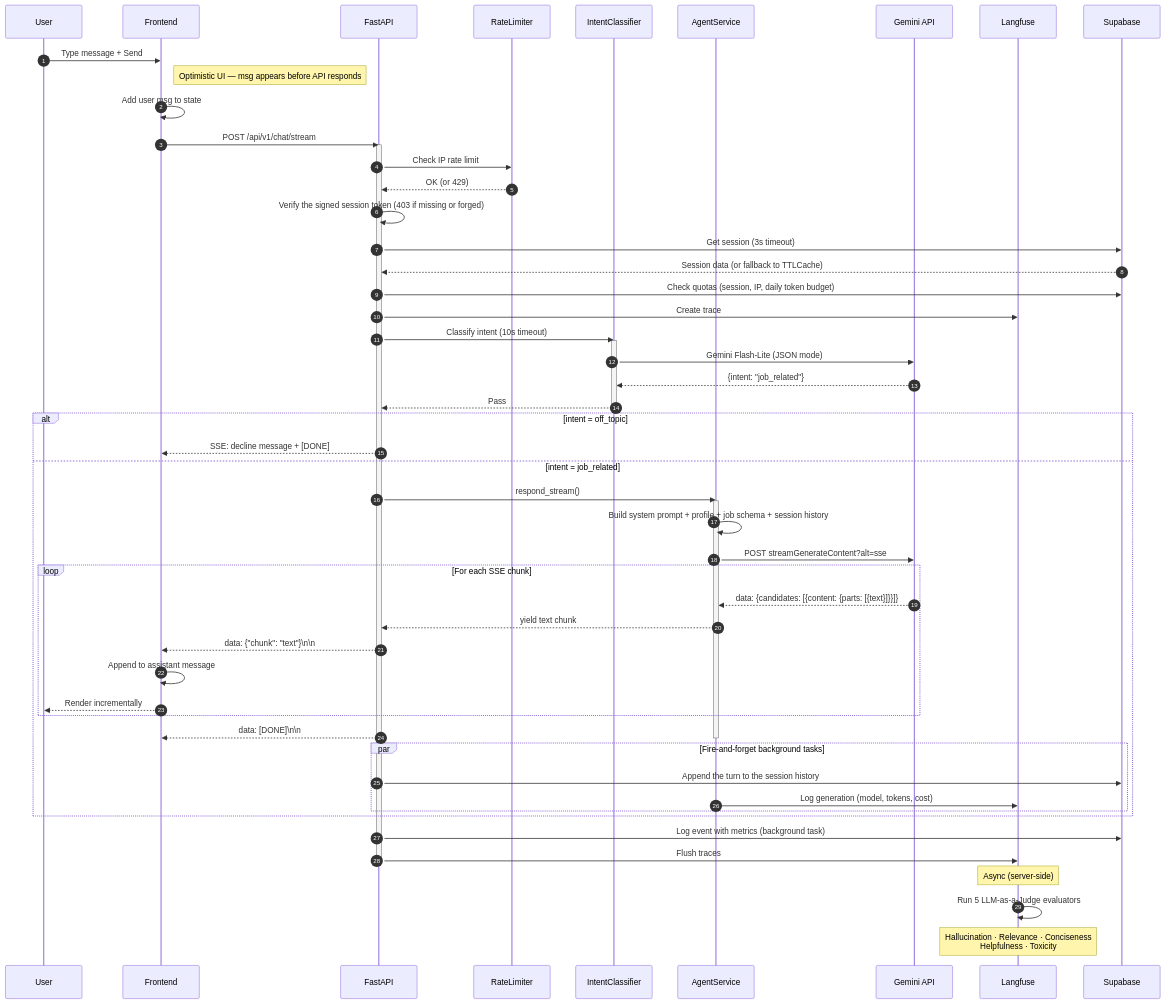
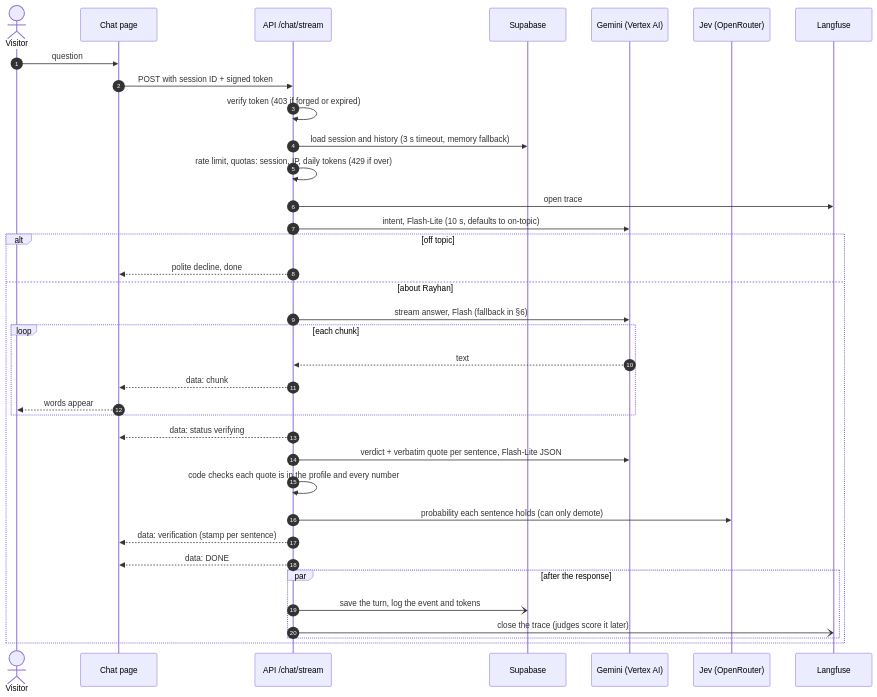
Before and after one commit to Rayhanpatel/AI-Resume-Agent: the second of 2 diagrams in README.md, drawn with Mermaid. The commit also changed other lines of this file and 1 other file, not shown here.

First line of the commit message:
Architecture: eleven views in docs/ARCHITECTURE.md (C4 + UML), README overview

````diff
--- a/README.md
+++ b/README.md
@@ -192,69 +190,39 @@
 ```mermaid
 sequenceDiagram
     autonumber
-    participant U as User
-    participant F as Frontend
-    participant API as FastAPI
-    participant RL as RateLimiter
-    participant IC as IntentClassifier
-    participant AG as AgentService
-    participant G as Gemini API
+    actor V as Visitor
+    participant F as Chat page
+    participant A as API /chat/stream
+    participant D as Supabase
+    participant G as Gemini (Vertex AI)
+    participant J as Jev (OpenRouter)
     participant L as Langfuse
-    participant S as Supabase
 
-    U->>F: Type message + Send
-    Note right of F: Optimistic UI — msg appears before API responds
-    F->>F: Add user msg to state
-    F->>API: POST /api/v1/chat/stream
-    activate API
-
-    API->>RL: Check IP rate limit
-    RL-->>API: OK (or 429)
-
-    API->>API: Verify the signed session token (403 if missing or forged)
-    API->>S: Get session (3s timeout)
-    S-->>API: Session data (or fallback to TTLCache)
-    API->>S: Check quotas (session, IP, daily token budget)
-
-    API->>L: Create trace
-
-    API->>IC: Classify intent (10s timeout)
-    activate IC
-    IC->>G: Gemini Flash-Lite (JSON mode)
-    G-->>IC: {intent: "job_related"}
-    IC-->>API: Pass
-    deactivate IC
-
-    alt intent = off_topic
-        API-->>F: SSE: decline message + [DONE]
-    else intent = job_related
-        API->>AG: respond_stream()
-        activate AG
-        AG->>AG: Build system prompt + profile + job schema + session history
-        AG->>G: POST streamGenerateContent?alt=sse
-
-        loop For each SSE chunk
-            G-->>AG: data: {candidates: [{content: {parts: [{text}]}}]}
-            AG-->>API: yield text chunk
-            API-->>F: data: {"chunk": "text"}\n\n
-            F->>F: Append to assistant message
-            F-->>U: Render incrementally
+    V->>F: question
+    F->>A: POST with session ID + signed token
+    A->>A: verify token (403 if forged or expired)
+    A->>D: load session and history (3 s timeout, memory fallback)
+    A->>A: rate limit, quotas: session, IP, daily tokens (429 if over)
+    A->>L: open trace
+    A->>G: intent, Flash-Lite (10 s, defaults to on-topic)
+    alt off topic
+        A-->>F: polite decline, done
+    else about Rayhan
+        A->>G: stream answer, Flash (fallback in §6)
+        loop each chunk
+            G-->>A: text
+            A-->>F: data: chunk
+            F-->>V: words appear
         end
-
-        API-->>F: data: [DONE]\n\n
-        deactivate AG
-
-        par Fire-and-forget background tasks
-            API->>S: Append the turn to the session history
-            AG->>L: Log generation (model, tokens, cost)
+        A-->>F: data: status verifying
+        A->>G: verdict + verbatim quote per sentence, Flash-Lite JSON
+        A->>A: code checks each quote is in the profile and every number
+        A->>J: probability each sentence holds (can only demote)
+        A-->>F: data: verification (stamp per sentence)
+        A-->>F: data: DONE
+        par after the response
+            A-)D: save the turn, log the event and tokens
+            A-)L: close the trace (judges score it later)
         end
     end
-
-    API->>S: Log event with metrics (background task)
-    API->>L: Flush traces
-    deactivate API
-
-    Note over L: Async (server-side)
-    L->>L: Run 5 LLM-as-a-Judge evaluators
-    Note over L: Hallucination · Relevance · Conciseness<br/>Helpfulness · Toxicity
 ```
````
